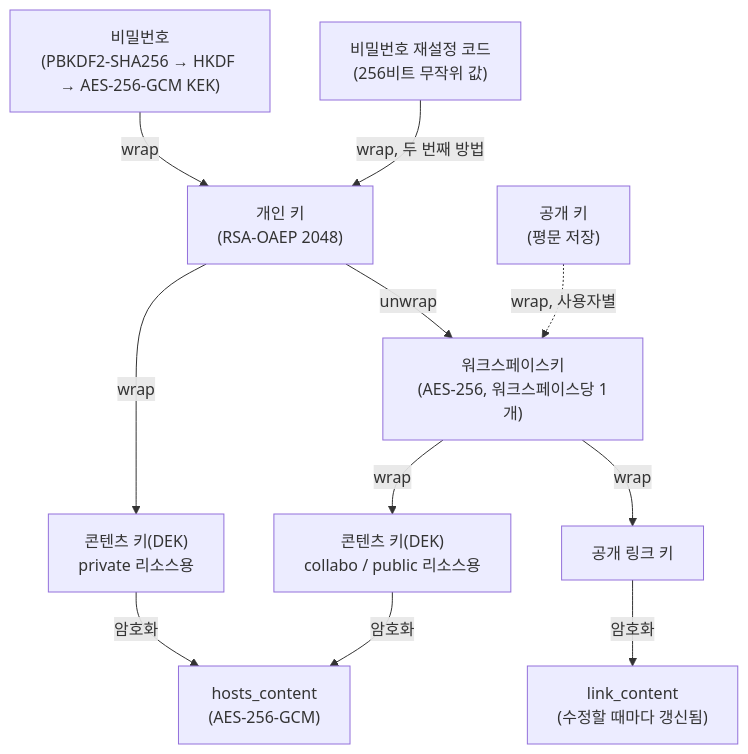
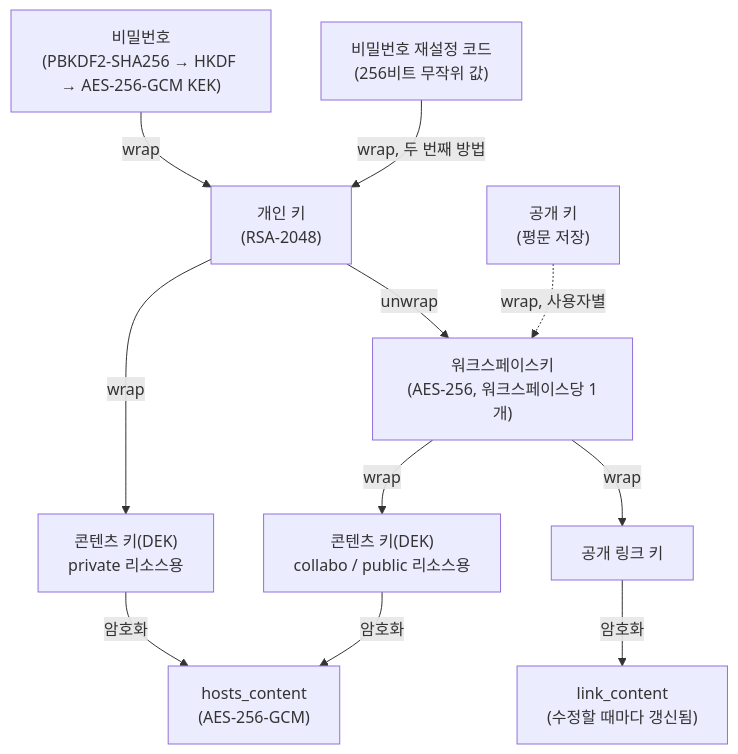
One commit to tricatch/oeHub changed the diagram in docs/05-end-to-end-encryption.md. Above: the diagram before and after it, drawn with Mermaid. The commit also changed other lines of this file, not shown here.

First line of the commit message:
Describe the RSA key pair and OAEP wrapping separately in the E2E doc

````diff
--- a/docs/05-end-to-end-encryption.md
+++ b/docs/05-end-to-end-encryption.md
@@ -22,13 +22,13 @@
 ```mermaid
 flowchart TD
-    PW["비밀번호\n(PBKDF2-SHA256 → HKDF → AES-256-GCM KEK)"] -->|wrap| PRIV["개인 키\n(RSA-OAEP 2048)"]
+    PW["비밀번호\n(PBKDF2-SHA256 → HKDF → AES-256-GCM KEK)"] -->|wrap| PRIV["개인 키\n(RSA-2048)"]
     REC["비밀번호 재설정 코드\n(256비트 무작위 값)"] -->|wrap, 두 번째 방법| PRIV
     PRIV -->|unwrap| WSK["워크스페이스키\n(AES-256, 워크스페이스당 1개)"]
     PUB["공개 키\n(평문 저장)"] -.->|wrap, 사용자별| WSK
     WSK -->|wrap| DEK_PUB["콘텐츠 키(DEK)\ncollabo / public 리소스용"]
     PRIV -->|wrap| DEK_PRIV["콘텐츠 키(DEK)\nprivate 리소스용"]
     DEK_PRIV -->|암호화| CONTENT["hosts_content\n(AES-256-GCM)"]
     DEK_PUB -->|암호화| CONTENT
     WSK -->|wrap| LINKKEY["공개 링크 키"]
     LINKKEY -->|암호화| LINKCONTENT["link_content\n(수정할 때마다 갱신됨)"]
 ```
````
